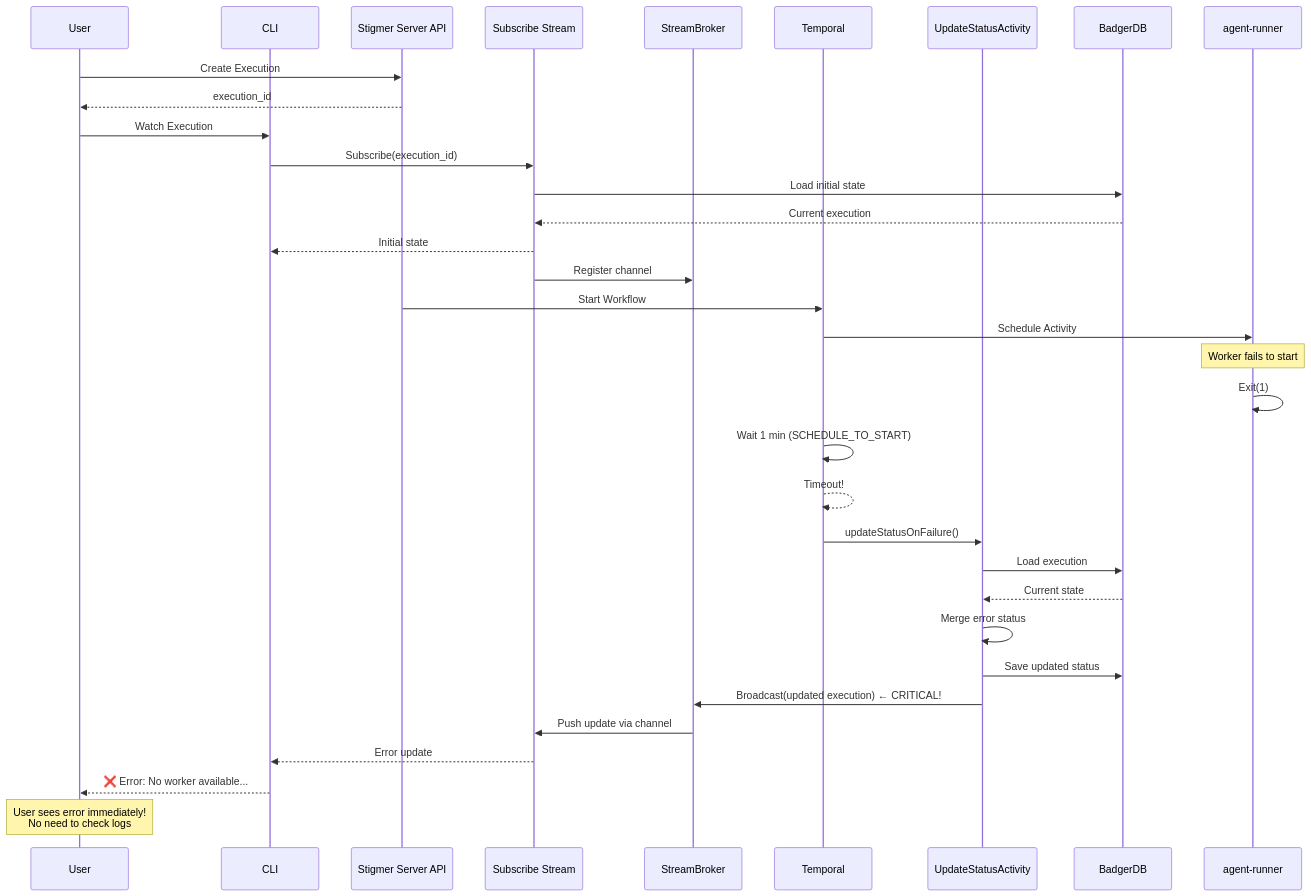
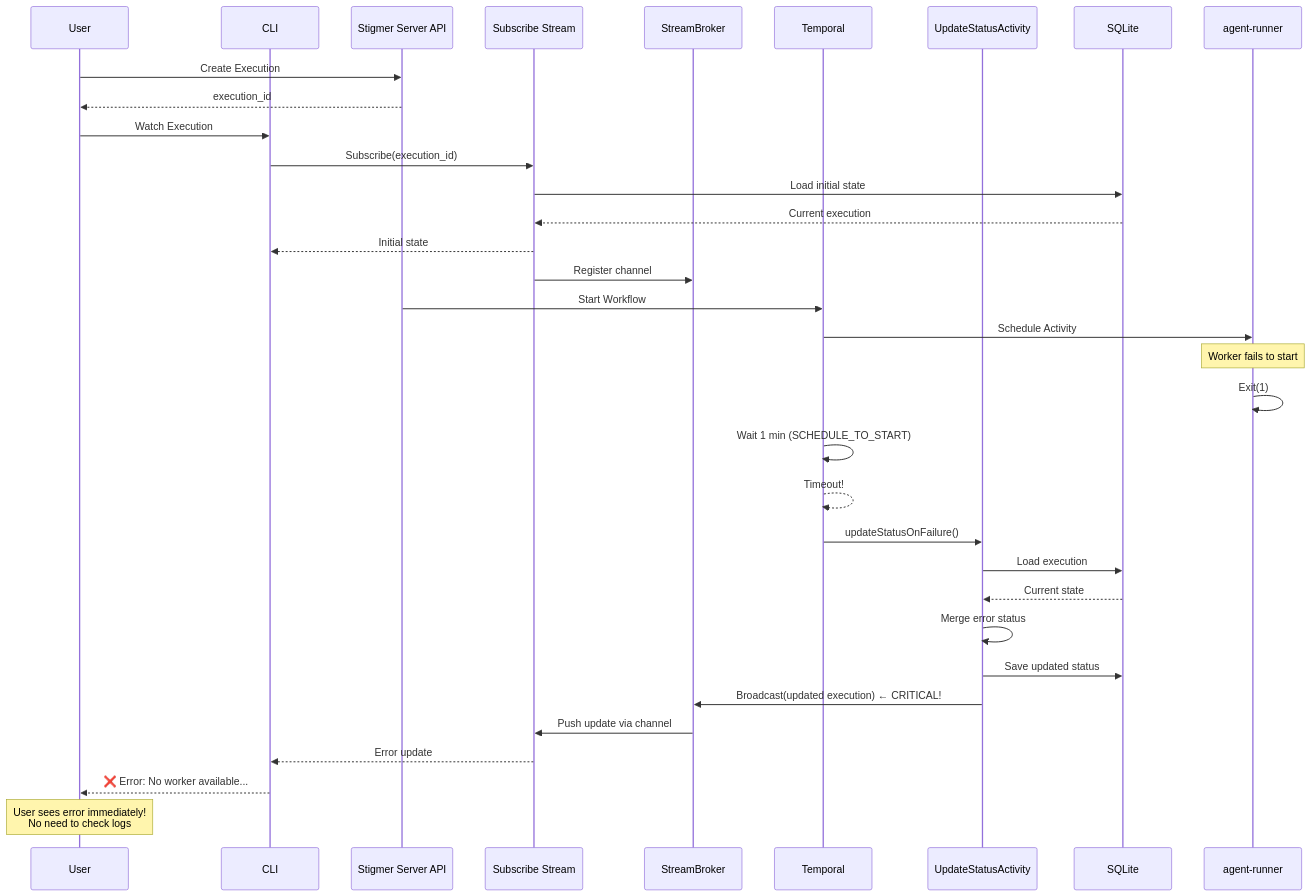
Before and after one commit to stigmer/stigmer: the fifth of 5 diagrams in docs/architecture/error-propagation.md, drawn with Mermaid. The commit also changed other lines of this file and 22 other files, not shown here.

````diff
--- a/docs/architecture/error-propagation.md
+++ b/docs/architecture/error-propagation.md
@@ -524,43 +524,43 @@
 ```mermaid
 sequenceDiagram
     participant User
     participant CLI
     participant API as Stigmer Server API
     participant Sub as Subscribe Stream
     participant Broker as StreamBroker
     participant Temporal
     participant Activity as UpdateStatusActivity
-    participant DB as BadgerDB
+    participant DB as SQLite
     participant Worker as agent-runner
     
     User->>API: Create Execution
     API-->>User: execution_id
     User->>CLI: Watch Execution
     CLI->>Sub: Subscribe(execution_id)
     Sub->>DB: Load initial state
     DB-->>Sub: Current execution
     Sub-->>CLI: Initial state
     Sub->>Broker: Register channel
     
     API->>Temporal: Start Workflow
     Temporal->>Worker: Schedule Activity
     
     Note over Worker: Worker fails to start
     Worker->>Worker: Exit(1)
     
     Temporal->>Temporal: Wait 1 min (SCHEDULE_TO_START)
     Temporal-->>Temporal: Timeout!
     Temporal->>Activity: updateStatusOnFailure()
     
     Activity->>DB: Load execution
     DB-->>Activity: Current state
     Activity->>Activity: Merge error status
     Activity->>DB: Save updated status
     Activity->>Broker: Broadcast(updated execution) ← CRITICAL!
     
     Broker->>Sub: Push update via channel
     Sub-->>CLI: Error update
     CLI-->>User: ❌ Error: No worker available...
     
     Note over User: User sees error immediately!<br/>No need to check logs
 ```
````
